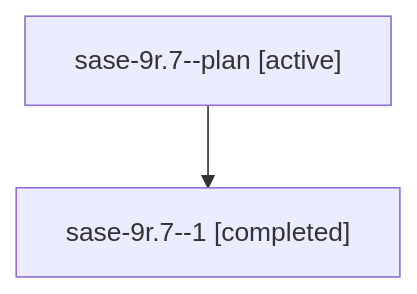
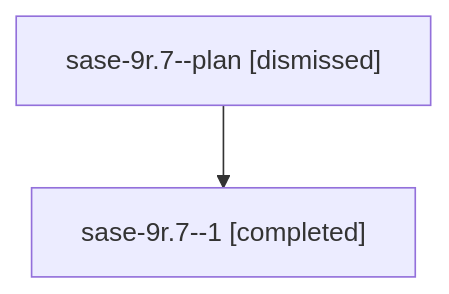
One commit to sase-org/sase--agents changed the diagram in sessions/bbugyi200.athena.sase-9r.7.md. Above: the diagram before and after it, drawn with Mermaid. The commit also changed other lines of this file and 111 other files, not shown here.

````diff
--- a/sessions/bbugyi200.athena.sase-9r.7.md
+++ b/sessions/bbugyi200.athena.sase-9r.7.md
@@ -9,6 +9,6 @@
 ```mermaid
 flowchart TD
-  n0["sase-9r.7--plan [active]"]
+  n0["sase-9r.7--plan [dismissed]"]
   n1["sase-9r.7--1 [completed]"]
   n0 --> n1
 ```
````
